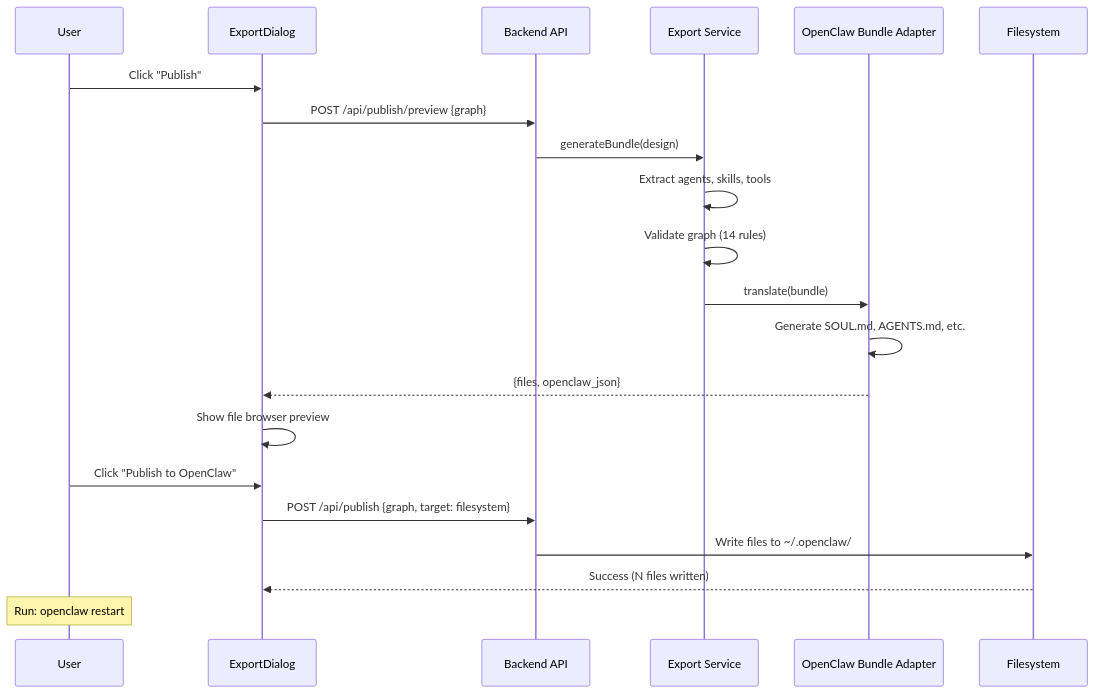
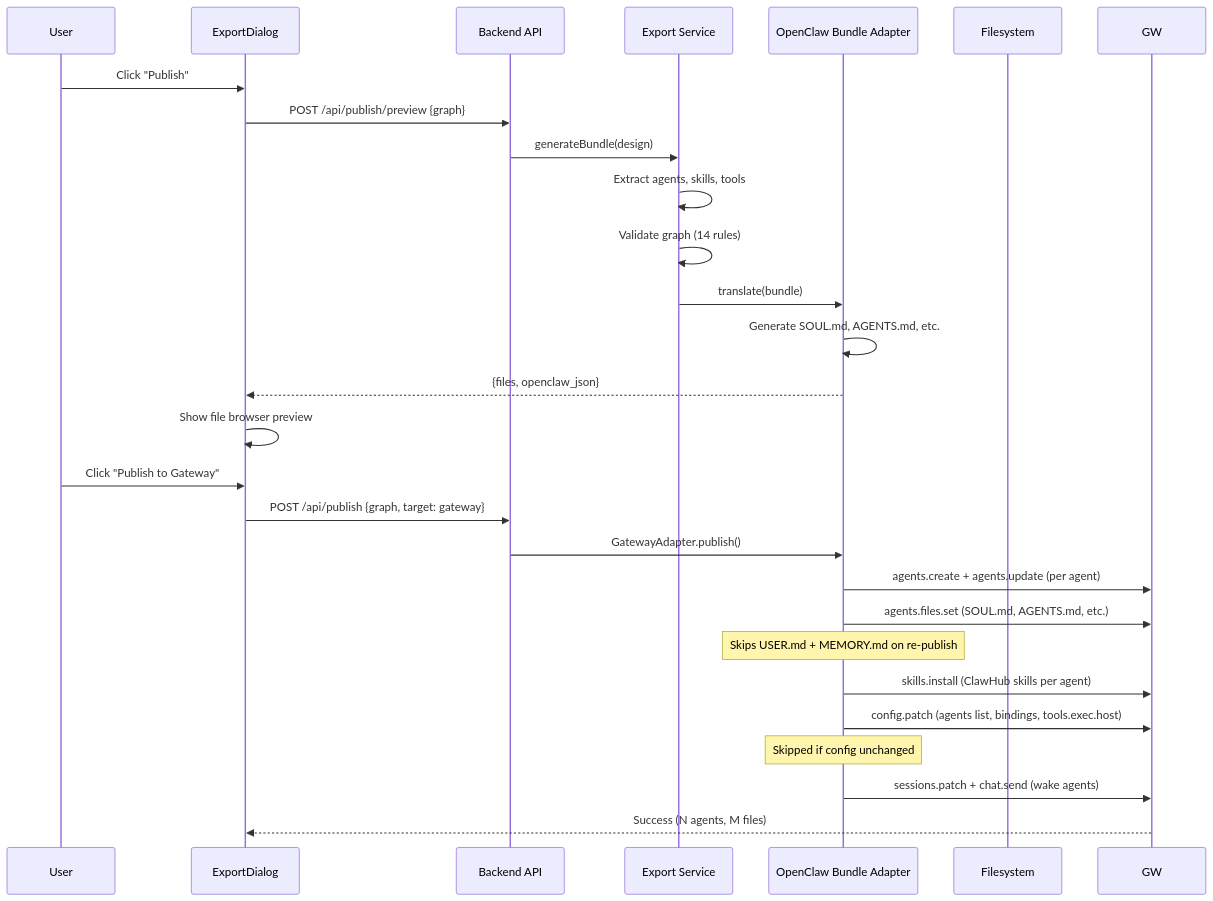
Before and after one commit to durdan/openclaw-studio: the fourth of 11 diagrams in docs/architecture.md, drawn with Mermaid. The commit also changed other lines of this file and 16 other files, not shown here.

First line of the commit message:
feat: add ClawHub skill browser, real templates, theme toggle, and smart re-publish

````diff
--- a/docs/architecture.md
+++ b/docs/architecture.md
@@ -116,25 +108,31 @@
 ```mermaid
 sequenceDiagram
     participant User
     participant ExportDialog
     participant API as Backend API
     participant ExportSvc as Export Service
     participant Adapter as OpenClaw Bundle Adapter
     participant FS as Filesystem
 
     User->>ExportDialog: Click "Publish"
     ExportDialog->>API: POST /api/publish/preview {graph}
     API->>ExportSvc: generateBundle(design)
     ExportSvc->>ExportSvc: Extract agents, skills, tools
     ExportSvc->>ExportSvc: Validate graph (14 rules)
     ExportSvc->>Adapter: translate(bundle)
     Adapter->>Adapter: Generate SOUL.md, AGENTS.md, etc.
     Adapter-->>ExportDialog: {files, openclaw_json}
     ExportDialog->>ExportDialog: Show file browser preview
 
-    User->>ExportDialog: Click "Publish to OpenClaw"
-    ExportDialog->>API: POST /api/publish {graph, target: filesystem}
-    API->>FS: Write files to ~/.openclaw/
-    FS-->>ExportDialog: Success (N files written)
-    Note over User: Run: openclaw restart
+    User->>ExportDialog: Click "Publish to Gateway"
+    ExportDialog->>API: POST /api/publish {graph, target: gateway}
+    API->>Adapter: GatewayAdapter.publish()
+    Adapter->>GW: agents.create + agents.update (per agent)
+    Adapter->>GW: agents.files.set (SOUL.md, AGENTS.md, etc.)
+    Note over Adapter: Skips USER.md + MEMORY.md on re-publish
+    Adapter->>GW: skills.install (ClawHub skills per agent)
+    Adapter->>GW: config.patch (agents list, bindings, tools.exec.host)
+    Note over Adapter: Skipped if config unchanged
+    Adapter->>GW: sessions.patch + chat.send (wake agents)
+    GW-->>ExportDialog: Success (N agents, M files)
 ```
````
